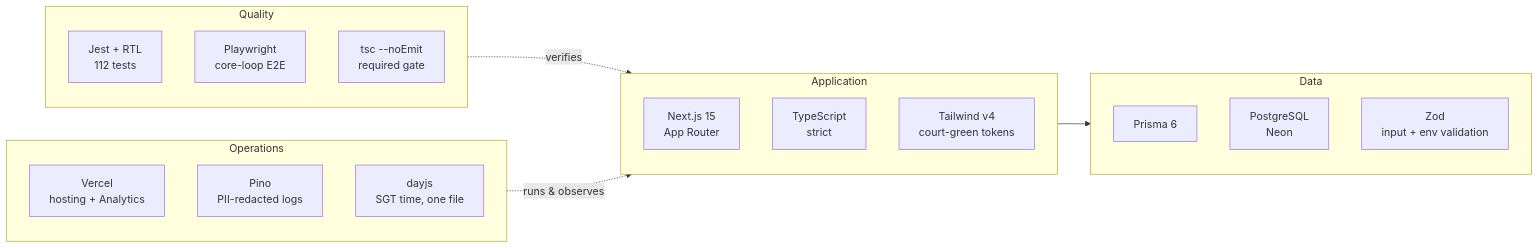
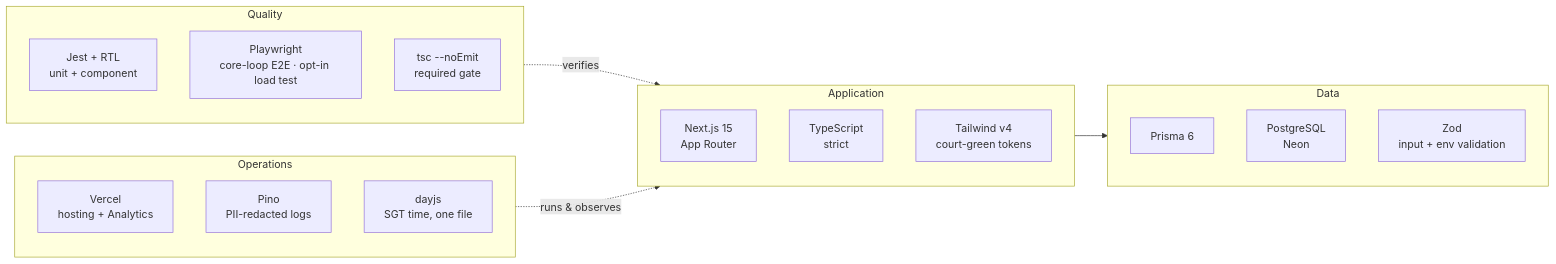
Before and after one commit to lcjj346/BadmintonCourts: the first of 3 diagrams in docs/DEVELOPMENT.md, drawn with Mermaid. The commit also changed other lines of this file, not shown here.

````diff
--- a/docs/DEVELOPMENT.md
+++ b/docs/DEVELOPMENT.md
@@ -23,26 +23,26 @@
 ```mermaid
 flowchart LR
     subgraph app ["Application"]
         NEXT["Next.js 15<br/>App Router"]
         TS["TypeScript<br/>strict"]
         TW["Tailwind v4<br/>court-green tokens"]
     end
     subgraph data ["Data"]
         PRISMA["Prisma 6"]
         PG["PostgreSQL<br/>Neon"]
         ZOD["Zod<br/>input + env validation"]
     end
     subgraph quality ["Quality"]
-        JEST["Jest + RTL<br/>112 tests"]
-        PW["Playwright<br/>core-loop E2E"]
+        JEST["Jest + RTL<br/>unit + component"]
+        PW["Playwright<br/>core-loop E2E · opt-in load test"]
         TSC["tsc --noEmit<br/>required gate"]
     end
     subgraph ops ["Operations"]
         VERCEL["Vercel<br/>hosting + Analytics"]
         PINO["Pino<br/>PII-redacted logs"]
         DAYJS["dayjs<br/>SGT time, one file"]
     end
     app --> data
     quality -.verifies.-> app
     ops -.runs & observes.-> app
 ```
````
